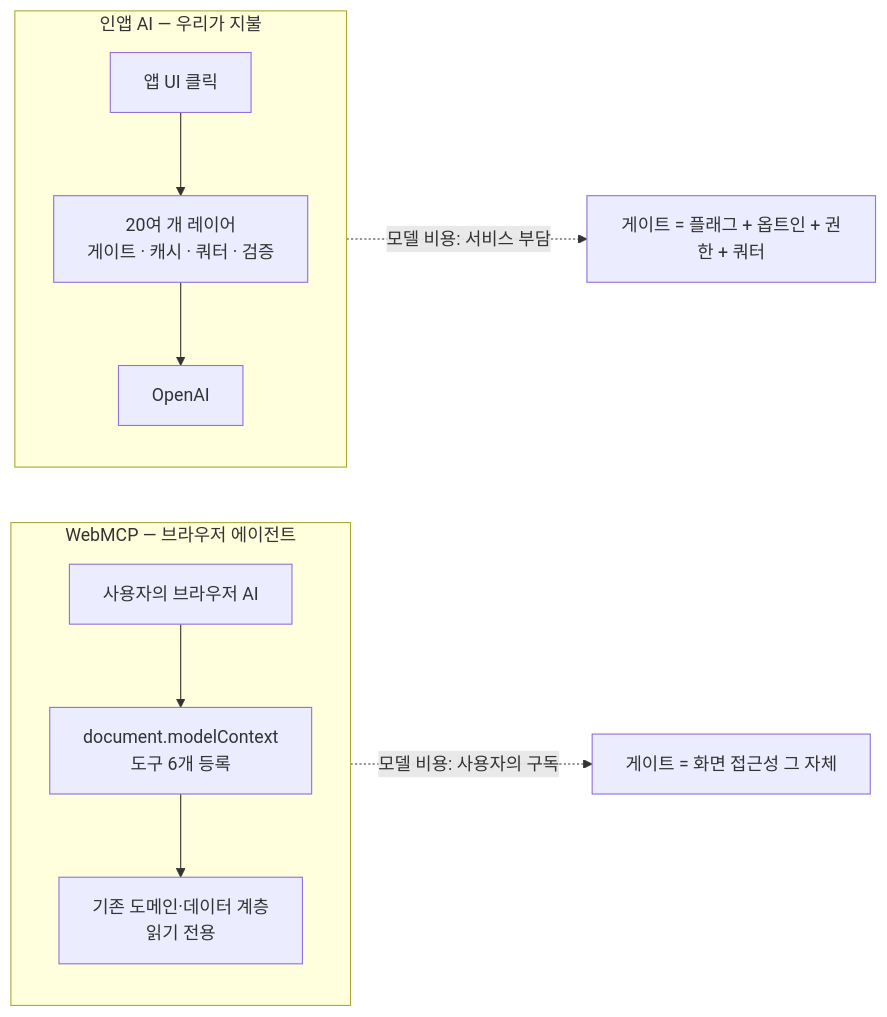
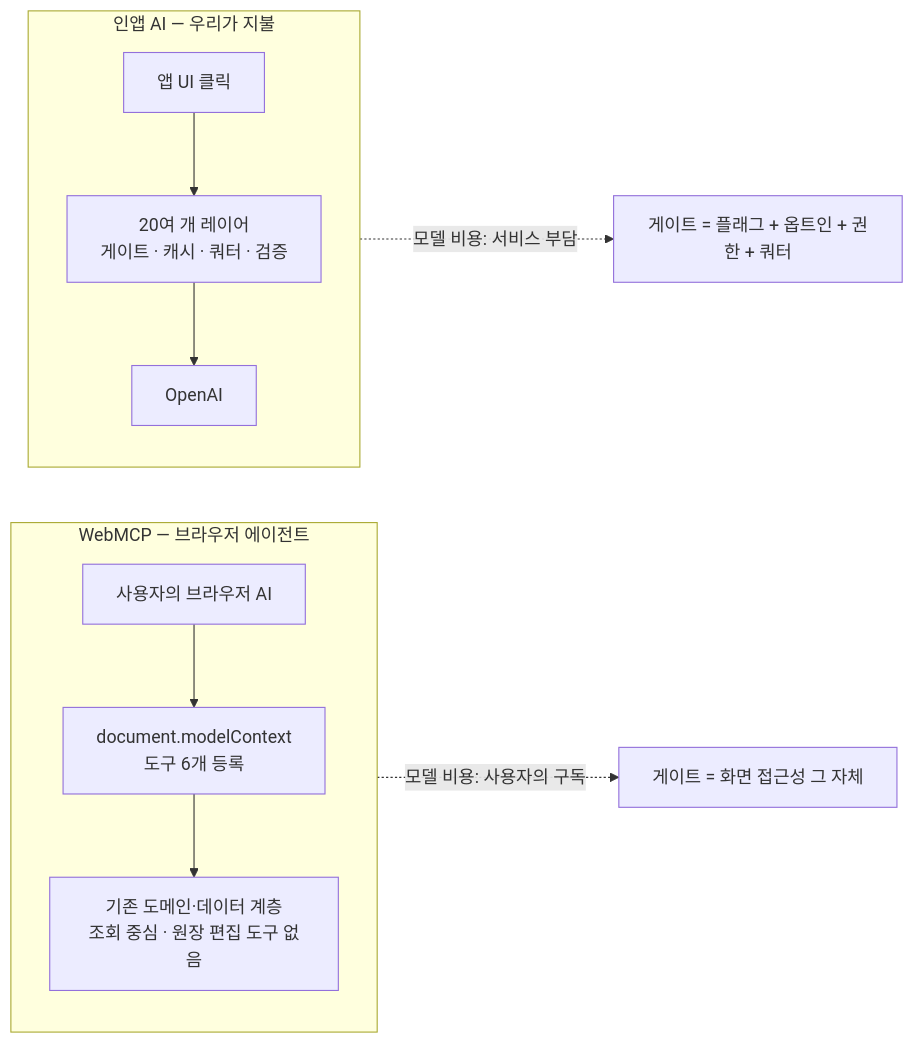
The sixth of 6 diagrams in README.md (dongju93/household-account-book), drawn with Mermaid before and after one commit. The commit also changed other lines of this file, not shown here.

````diff
--- a/README.md
+++ b/README.md
@@ -298,19 +301,19 @@
 ```mermaid
 flowchart LR
     subgraph W["WebMCP — 브라우저 에이전트"]
         W1["사용자의 브라우저 AI"]
         W2["document.modelContext<br/>도구 6개 등록"]
-        W3["기존 도메인·데이터 계층<br/>읽기 전용"]
+        W3["기존 도메인·데이터 계층<br/>조회 중심 · 원장 편집 도구 없음"]
         W1 --> W2 --> W3
     end
 
     subgraph A["인앱 AI — 우리가 지불"]
         A1["앱 UI 클릭"]
         A2["20여 개 레이어<br/>게이트 · 캐시 · 쿼터 · 검증"]
         A3["OpenAI"]
         A1 --> A2 --> A3
     end
 
     W -.->|"모델 비용: 사용자의 구독"| WC["게이트 = 화면 접근성 그 자체"]
     A -.->|"모델 비용: 서비스 부담"| AC["게이트 = 플래그 + 옵트인 + 권한 + 쿼터"]
 ```
````
